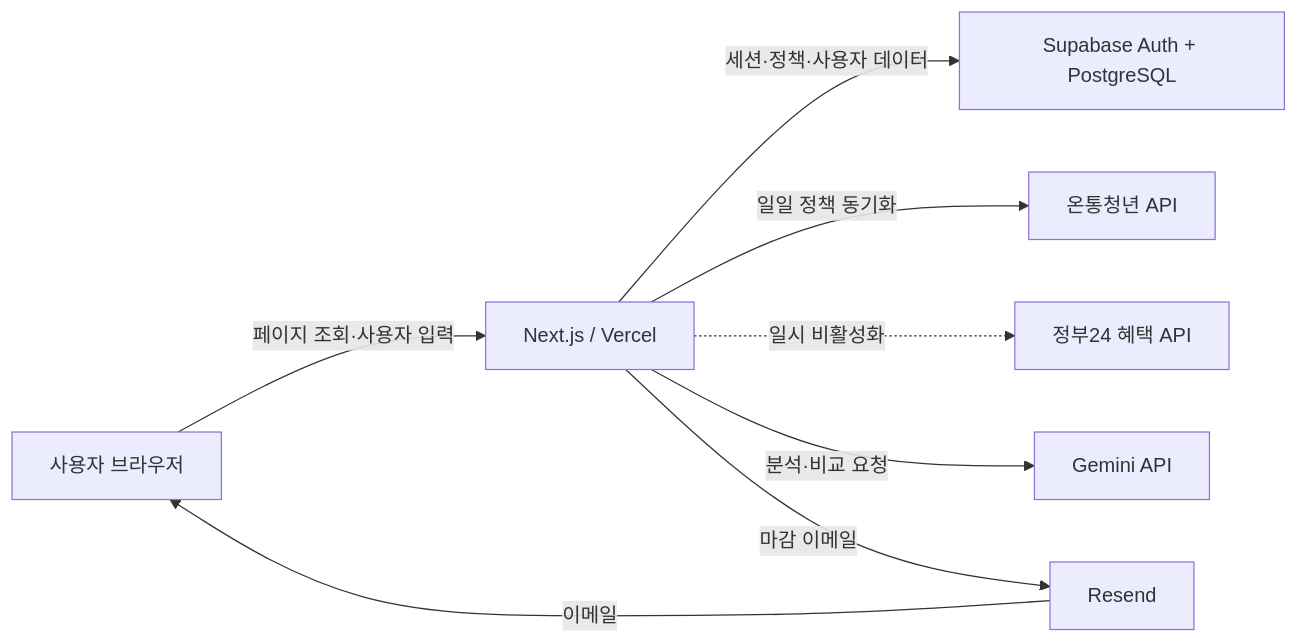
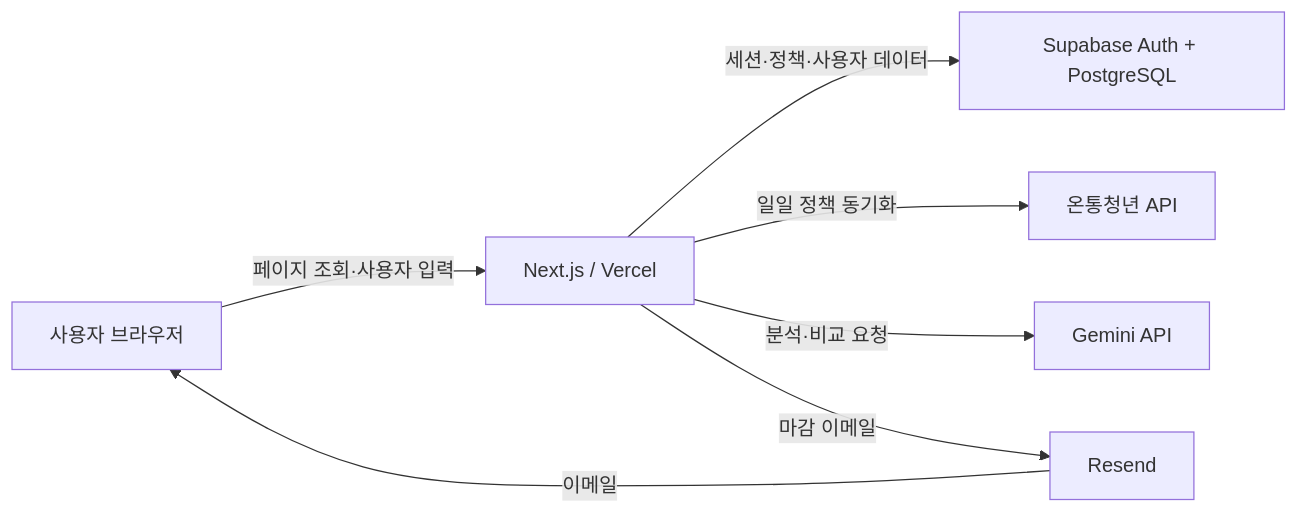
The first of 4 diagrams in docs/ARCHITECTURE.md (noohsss/chaengim), drawn with Mermaid before and after one commit. The commit also changed other lines of this file and 14 other files, not shown here.

````diff
--- a/docs/ARCHITECTURE.md
+++ b/docs/ARCHITECTURE.md
@@ -11,18 +11,16 @@
 ```mermaid
 flowchart LR
     U["사용자 브라우저"]
     N["Next.js / Vercel"]
     S["Supabase Auth + PostgreSQL"]
     Y["온통청년 API"]
-    G["정부24 혜택 API"]
     A["Gemini API"]
     R["Resend"]
 
     U -->|"페이지 조회·사용자 입력"| N
     N -->|"세션·정책·사용자 데이터"| S
     N -->|"일일 정책 동기화"| Y
-    N -.->|"일시 비활성화"| G
     N -->|"분석·비교 요청"| A
     N -->|"마감 이메일"| R
     R -->|"이메일"| U
 ```
````
